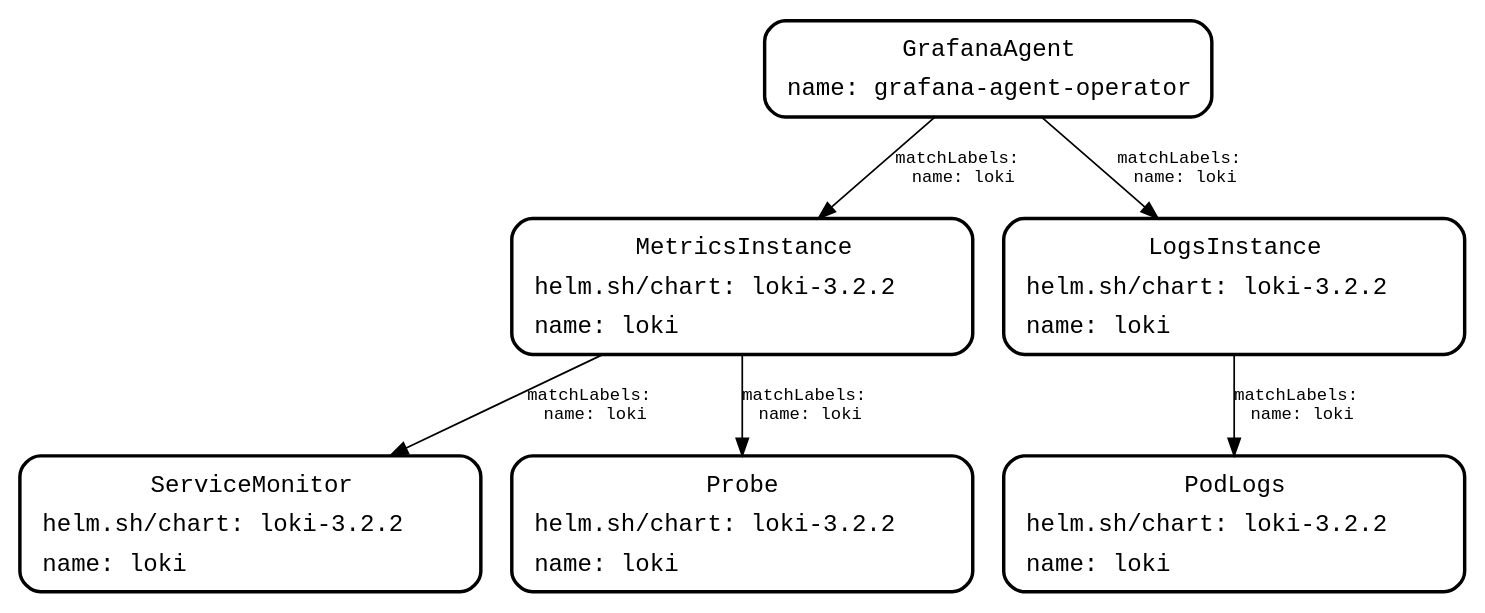
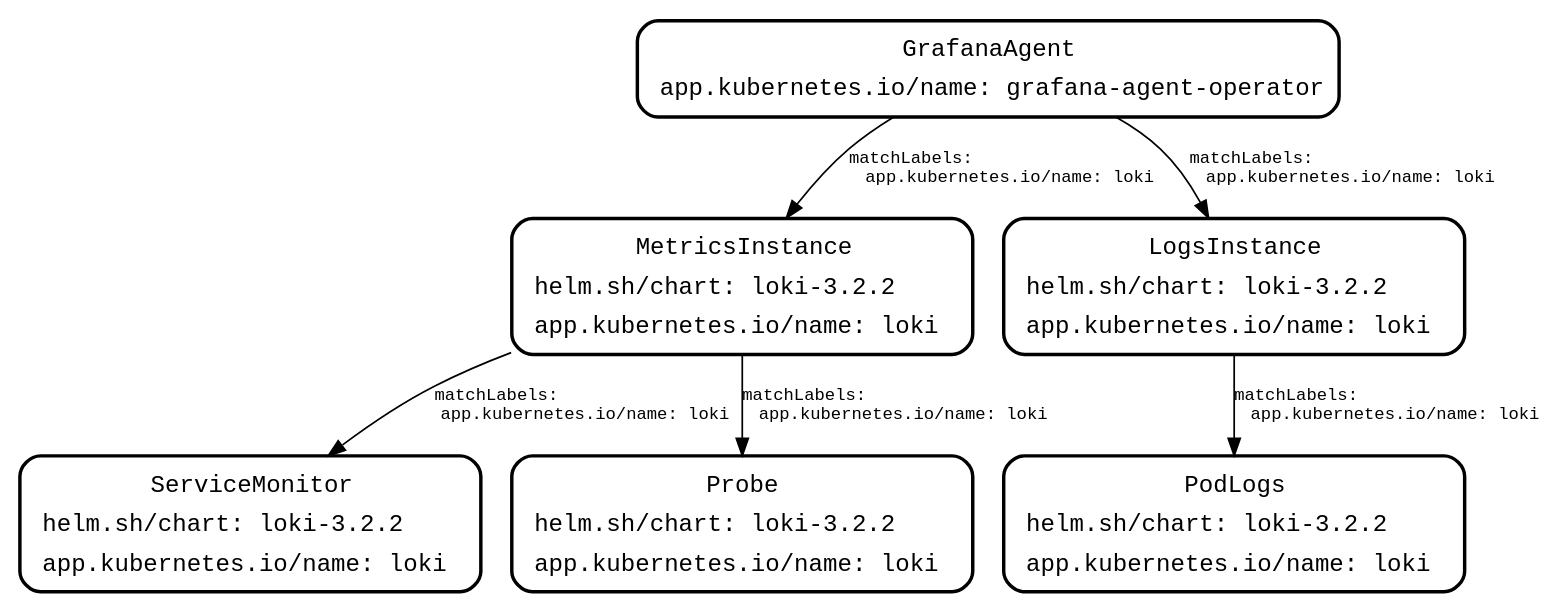
Before and after one commit to grafana/agent: the diagram in docs/sources/operator/hierarchy.dot, drawn with Graphviz. The commit also changed 1 other file, not shown here.

Commit message:
Rename label.

```diff
--- a/docs/sources/operator/hierarchy.dot
+++ b/docs/sources/operator/hierarchy.dot
@@ -1,71 +1,71 @@
 digraph G {
  fontname="Courier New"
  edge [fontname="Courier New"]
  rankdir="TB"
  edge [fontsize=10]
 
  "GrafanaAgent" [ 
      style = "filled, bold"
      penwidth = 2
      fillcolor = "white"
      fontname = "Courier New"
      shape = "Mrecord"
-     label =<<table border="0" cellborder="0" cellpadding="3" ><tr><td align="center" colspan="2"><font>GrafanaAgent</font></td></tr><tr><td align="left" port="r0">name: grafana-agent-operator</td></tr></table>>
+     label =<<table border="0" cellborder="0" cellpadding="3" ><tr><td align="center" colspan="2"><font>GrafanaAgent</font></td></tr><tr><td align="left" port="r0">app.kubernetes.io/name: grafana-agent-operator</td></tr></table>>
      ];
  "MetricsInstance" [ 
      style = "filled, bold"
      penwidth = 2
      fillcolor = "white"
      fontname = "Courier New"
      shape = "Mrecord"
      label =<<table border="0" cellborder="0" cellpadding="3" ><tr><td align="center" colspan="2"><font>MetricsInstance</font></td></tr><tr><td align="left" port="r0">helm.sh/chart: loki-3.2.2
-    </td></tr><tr><td align="left" port="r1">name: loki</td></tr></table>>
+    </td></tr><tr><td align="left" port="r1">app.kubernetes.io/name: loki</td></tr></table>>
      ];
  "LogsInstance" [ 
      style = "filled, bold"
      penwidth = 2
      fillcolor = "white"
      fontname = "Courier New"
      shape = "Mrecord"
      label =<<table border="0" cellborder="0" cellpadding="3" ><tr><td align="center" colspan="2"><font>LogsInstance</font></td></tr><tr><td align="left" port="r0">helm.sh/chart: loki-3.2.2
-    </td></tr><tr><td align="left" port="r1">name: loki</td></tr></table>>
+    </td></tr><tr><td align="left" port="r1">app.kubernetes.io/name: loki</td></tr></table>>
      ];
  "ServiceMonitor" [ 
      style = "filled, bold"
      penwidth = 2
      fillcolor = "white"
      fontname = "Courier New"
      shape = "Mrecord"
      label =<<table border="0" cellborder="0" cellpadding="3" ><tr><td align="center" colspan="2"><font>ServiceMonitor</font></td></tr><tr><td align="left" port="r0">helm.sh/chart: loki-3.2.2
-    </td></tr><tr><td align="left" port="r1">name: loki</td></tr></table>>
+    </td></tr><tr><td align="left" port="r1">app.kubernetes.io/name: loki</td></tr></table>>
      ];
  "Probe" [ 
      style = "filled, bold"
      penwidth = 2
      fillcolor = "white"
      fontname = "Courier New"
      shape = "Mrecord"
      label =<<table border="0" cellborder="0" cellpadding="3" ><tr><td align="center" colspan="2"><font>Probe</font></td></tr><tr><td align="left" port="r0">helm.sh/chart: loki-3.2.2
-    </td></tr><tr><td align="left" port="r1">name: loki</td></tr></table>>
+    </td></tr><tr><td align="left" port="r1">app.kubernetes.io/name: loki</td></tr></table>>
      ];
  "PodLogs" [ 
      style = "filled, bold"
      penwidth = 2
      fillcolor = "white"
      fontname = "Courier New"
      shape = "Mrecord"
      label =<<table border="0" cellborder="0" cellpadding="3" ><tr><td align="center" colspan="2"><font>PodLogs</font></td></tr><tr><td align="left" port="r0">helm.sh/chart: loki-3.2.2
-    </td></tr><tr><td align="left" port="r1">name: loki</td></tr></table>>
+    </td></tr><tr><td align="left" port="r1">app.kubernetes.io/name: loki</td></tr></table>>
      ];
 
  
- GrafanaAgent -> MetricsInstance [ label="matchLabels:\l  name: loki" ];
- MetricsInstance -> Probe [ label="matchLabels:\l  name: loki" ];
- MetricsInstance -> ServiceMonitor [ label="matchLabels:\l  name: loki" ];
+ GrafanaAgent -> MetricsInstance [ label="matchLabels:\l  app.kubernetes.io/name: loki" ];
+ MetricsInstance -> Probe [ label="matchLabels:\l  app.kubernetes.io/name: loki" ];
+ MetricsInstance -> ServiceMonitor [ label="matchLabels:\l app.kubernetes.io/name: loki" ];
  
- GrafanaAgent -> LogsInstance [ label="matchLabels:\l  name: loki" ];
- LogsInstance -> PodLogs [ label="matchLabels:\l  name: loki" ];
+ GrafanaAgent -> LogsInstance [ label="matchLabels:\l  app.kubernetes.io/name: loki" ];
+ LogsInstance -> PodLogs [ label="matchLabels:\l  app.kubernetes.io/name: loki" ];
  
  
 
 }
```
